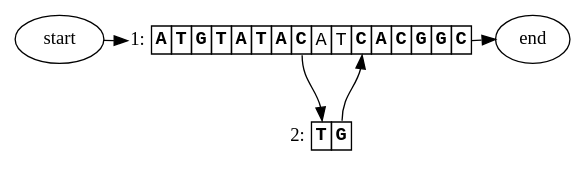
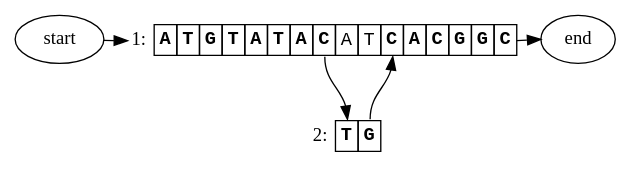
One commit to ginkgobioworks/gen changed the diagram in docs/figures/figure_1.dot. Above: the diagram before and after it, drawn with Graphviz. The commit also changed 25 other files, not shown here.

```diff
--- a/docs/figures/figure_1.dot
+++ b/docs/figures/figure_1.dot
@@ -1,42 +1,43 @@
 digraph "" {
-	graph [rankdir=TD,
+	graph [fontnames=svg,
+		rankdir=TD,
 		splines=true
 	];
 	node [label="\N"];
 	start	[label=start];
-	1	[label=<<TABLE BORDER='0' CELLBORDER='1' CELLSPACING='0'><TR><TD BORDER='0' PORT='caption' ALIGN='right'>1:</TD><TD PORT='0'><FONT FACE='Courier New'><B>A</B></FONT></TD>
-<TD PORT='1'><FONT FACE='Courier New'><B>T</B></FONT></TD>
-<TD PORT='2'><FONT FACE='Courier New'><B>G</B></FONT></TD>
-<TD PORT='3'><FONT FACE='Courier New'><B>T</B></FONT></TD>
-<TD PORT='4'><FONT FACE='Courier New'><B>A</B></FONT></TD>
-<TD PORT='5'><FONT FACE='Courier New'><B>T</B></FONT></TD>
-<TD PORT='6'><FONT FACE='Courier New'><B>A</B></FONT></TD>
-<TD PORT='7'><FONT FACE='Courier New'><B>C</B></FONT></TD>
-<TD PORT='8'><FONT FACE='Courier New'>A</FONT></TD>
-<TD PORT='9'><FONT FACE='Courier New'>T</FONT></TD>
-<TD PORT='10'><FONT FACE='Courier New'><B>C</B></FONT></TD>
-<TD PORT='11'><FONT FACE='Courier New'><B>A</B></FONT></TD>
-<TD PORT='12'><FONT FACE='Courier New'><B>C</B></FONT></TD>
-<TD PORT='13'><FONT FACE='Courier New'><B>G</B></FONT></TD>
-<TD PORT='14'><FONT FACE='Courier New'><B>G</B></FONT></TD>
-<TD PORT='15'><FONT FACE='Courier New'><B>C</B></FONT></TD></TR></TABLE>>,
+	1	[label=<<TABLE BORDER='0' CELLBORDER='1' CELLSPACING='0' CELLPADDING='3'><TR><TD BORDER='0' PORT='caption' ALIGN='right'>1:</TD><TD PORT='0'><FONT FACE='Monospace'><B>A</B></FONT></TD>
+<TD PORT='1'><FONT FACE='Monospace'><B>T</B></FONT></TD>
+<TD PORT='2'><FONT FACE='Monospace'><B>G</B></FONT></TD>
+<TD PORT='3'><FONT FACE='Monospace'><B>T</B></FONT></TD>
+<TD PORT='4'><FONT FACE='Monospace'><B>A</B></FONT></TD>
+<TD PORT='5'><FONT FACE='Monospace'><B>T</B></FONT></TD>
+<TD PORT='6'><FONT FACE='Monospace'><B>A</B></FONT></TD>
+<TD PORT='7'><FONT FACE='Monospace'><B>C</B></FONT></TD>
+<TD PORT='8'><FONT FACE='Monospace'>A</FONT></TD>
+<TD PORT='9'><FONT FACE='Monospace'>T</FONT></TD>
+<TD PORT='10'><FONT FACE='Monospace'><B>C</B></FONT></TD>
+<TD PORT='11'><FONT FACE='Monospace'><B>A</B></FONT></TD>
+<TD PORT='12'><FONT FACE='Monospace'><B>C</B></FONT></TD>
+<TD PORT='13'><FONT FACE='Monospace'><B>G</B></FONT></TD>
+<TD PORT='14'><FONT FACE='Monospace'><B>G</B></FONT></TD>
+<TD PORT='15'><FONT FACE='Monospace'><B>C</B></FONT></TD></TR></TABLE>>,
 		margin=0,
 		shape=none];
 	start -> 1:caption	[key=0,
 		constraint=False,
 		to_pos=0];
-	2	[label=<<TABLE BORDER='0' CELLBORDER='1' CELLSPACING='0'><TR><TD BORDER='0' PORT='caption' ALIGN='right'>2:</TD><TD PORT='0'><FONT FACE='Courier New'><B>T</B></FONT></TD>
-<TD PORT='1'><FONT FACE='Courier New'><B>G</B></FONT></TD></TR></TABLE>>,
+	2	[label=<<TABLE BORDER='0' CELLBORDER='1' CELLSPACING='0' CELLPADDING='3'><TR><TD BORDER='0' PORT='caption' ALIGN='right'>2:</TD><TD PORT='0'><FONT FACE='Monospace'><B>T</B></FONT></TD>
+<TD PORT='1'><FONT FACE='Monospace'><B>G</B></FONT></TD></TR></TABLE>>,
 		margin=0,
 		shape=none];
 	1:7 -> 2:0	[key=0,
 		from_pos=7,
 		to_pos=0];
 	end	[label=end];
 	1:15 -> end:w	[key=0,
 		constraint=False,
 		from_pos=15];
 	2:1 -> 1:10	[key=0,
 		from_pos=1,
 		to_pos=10];
 }
```
